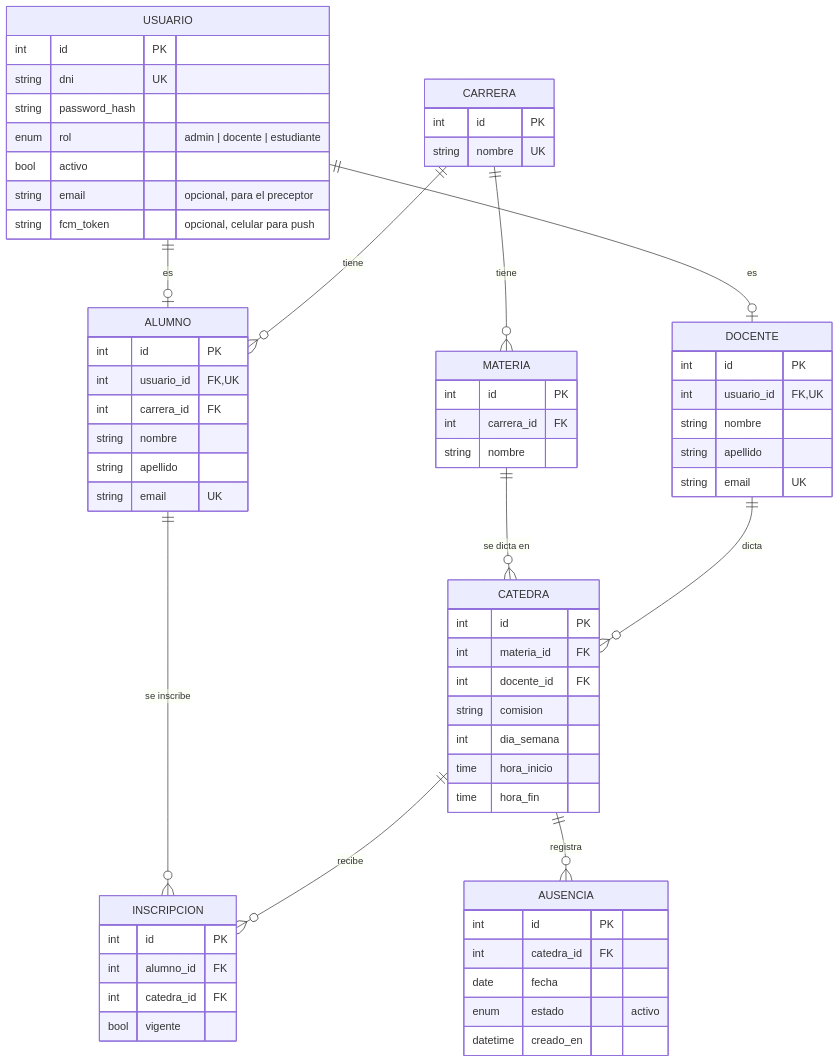
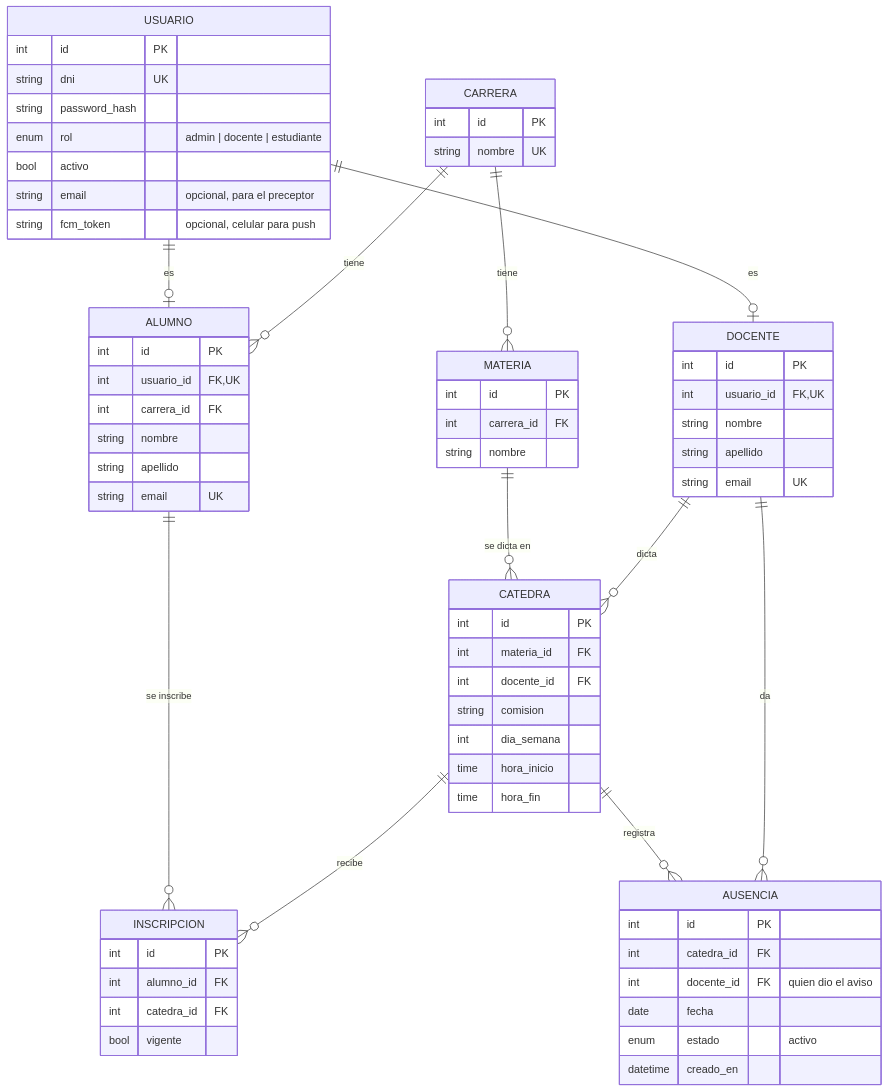
One commit to Andres-M1/Gestion-asistencia changed the diagram in README.md. Above: the diagram before and after it, drawn with Mermaid. The commit also changed other lines of this file and 15 other files, not shown here.

First line of the commit message:
El aviso queda a nombre del docente que lo dio

````diff
--- a/README.md
+++ b/README.md
@@ -827,68 +827,70 @@
 ```mermaid
 erDiagram
     USUARIO ||--o| DOCENTE : "es"
     USUARIO ||--o| ALUMNO : "es"
     CARRERA ||--o{ MATERIA : "tiene"
     CARRERA ||--o{ ALUMNO : "tiene"
     MATERIA ||--o{ CATEDRA : "se dicta en"
     DOCENTE ||--o{ CATEDRA : "dicta"
     ALUMNO ||--o{ INSCRIPCION : "se inscribe"
     CATEDRA ||--o{ INSCRIPCION : "recibe"
     CATEDRA ||--o{ AUSENCIA : "registra"
+    DOCENTE ||--o{ AUSENCIA : "da"
 
     USUARIO {
         int id PK
         string dni UK
         string password_hash
         enum rol "admin | docente | estudiante"
         bool activo
         string email "opcional, para el preceptor"
         string fcm_token "opcional, celular para push"
     }
     CARRERA {
         int id PK
         string nombre UK
     }
     MATERIA {
         int id PK
         int carrera_id FK
         string nombre
     }
     ALUMNO {
         int id PK
         int usuario_id FK,UK
         int carrera_id FK
         string nombre
         string apellido
         string email UK
     }
     DOCENTE {
         int id PK
         int usuario_id FK,UK
         string nombre
         string apellido
         string email UK
     }
     CATEDRA {
         int id PK
         int materia_id FK
         int docente_id FK
         string comision
         int dia_semana
         time hora_inicio
         time hora_fin
     }
     INSCRIPCION {
         int id PK
         int alumno_id FK
         int catedra_id FK
         bool vigente
     }
     AUSENCIA {
         int id PK
         int catedra_id FK
+        int docente_id FK "quien dio el aviso"
         date fecha
         enum estado "activo"
         datetime creado_en
     }
 ```
````
